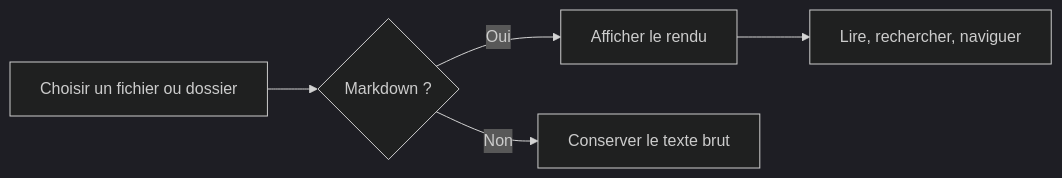
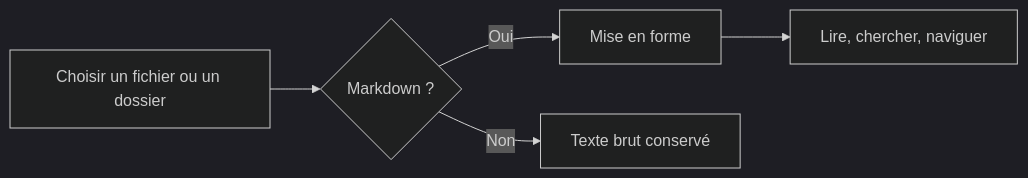
One commit to bruce-yang-422/parchment changed the first of 3 diagrams in samples/fr/parchment-guide.md. Above: the diagram before and after it, drawn with Mermaid (dark theme). The commit also changed other lines of this file and 24 other files, not shown here.

First line of the commit message:
docs(samples): 擴充 8 語系使用導覽與連結筆記、閱讀測試加入 Flickr 有連結圖片 / expand the sample guide and linked note in 8 languages, add a linked Flickr image to the reading test

````diff
--- a/samples/fr/parchment-guide.md
+++ b/samples/fr/parchment-guide.md
@@ -69,7 +126,7 @@
 ```mermaid
 flowchart LR
-  A[Choisir un fichier ou dossier] --> B{Markdown ?}
-  B -->|Oui| C[Afficher le rendu]
-  B -->|Non| D[Conserver le texte brut]
-  C --> E[Lire, rechercher, naviguer]
+  A[Choisir un fichier ou un dossier] --> B{Markdown ?}
+  B -->|Oui| C[Mise en forme]
+  B -->|Non| D[Texte brut conservé]
+  C --> E[Lire, chercher, naviguer]
 ```
````
